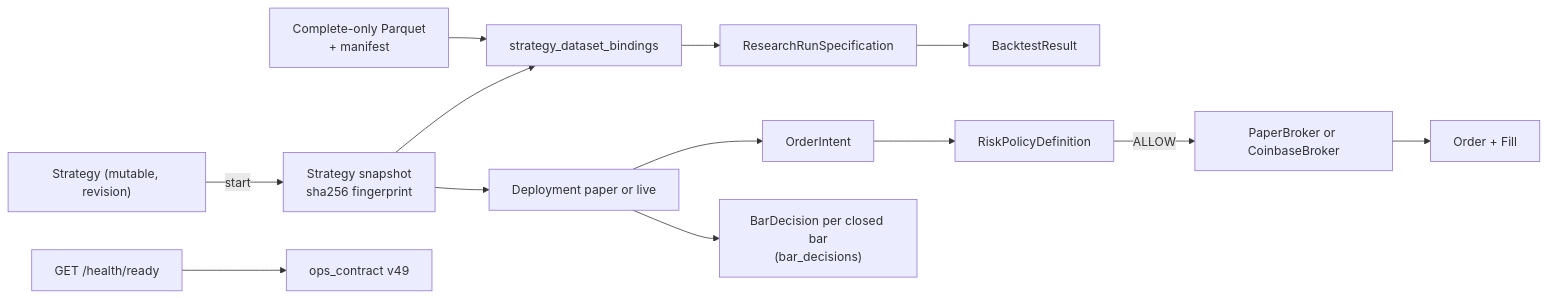
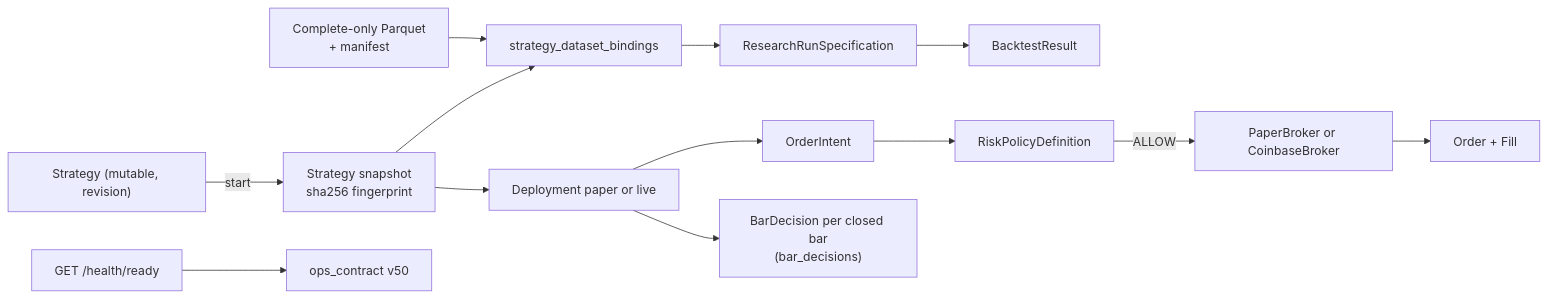
Before and after one commit to Zoltesh/thytrader: the diagram in docs/architecture/contracts/README.md, drawn with Mermaid. The commit also changed 93 other files, not shown here.

````diff
--- a/docs/architecture/contracts/README.md
+++ b/docs/architecture/contracts/README.md
@@ -20,15 +20,15 @@
 ```mermaid
 flowchart LR
   Draft["Strategy (mutable, revision)"] -->|start| Published["Strategy snapshot\nsha256 fingerprint"]
   Dataset["Complete-only Parquet\n+ manifest"] --> Binding["strategy_dataset_bindings"]
   Published --> Binding
   Binding --> RunSpec["ResearchRunSpecification"]
   RunSpec --> Result["BacktestResult"]
   Published --> Deploy["Deployment paper or live"]
   Deploy --> Intent["OrderIntent"]
   Intent --> Risk["RiskPolicyDefinition"]
   Risk -->|ALLOW| Broker["PaperBroker or CoinbaseBroker"]
   Broker --> Order["Order + Fill"]
   Deploy --> Decision["BarDecision per closed bar\n(bar_decisions)"]
-  Health["GET /health/ready"] --> Ops["ops_contract v49"]
+  Health["GET /health/ready"] --> Ops["ops_contract v50"]
 ```
````
